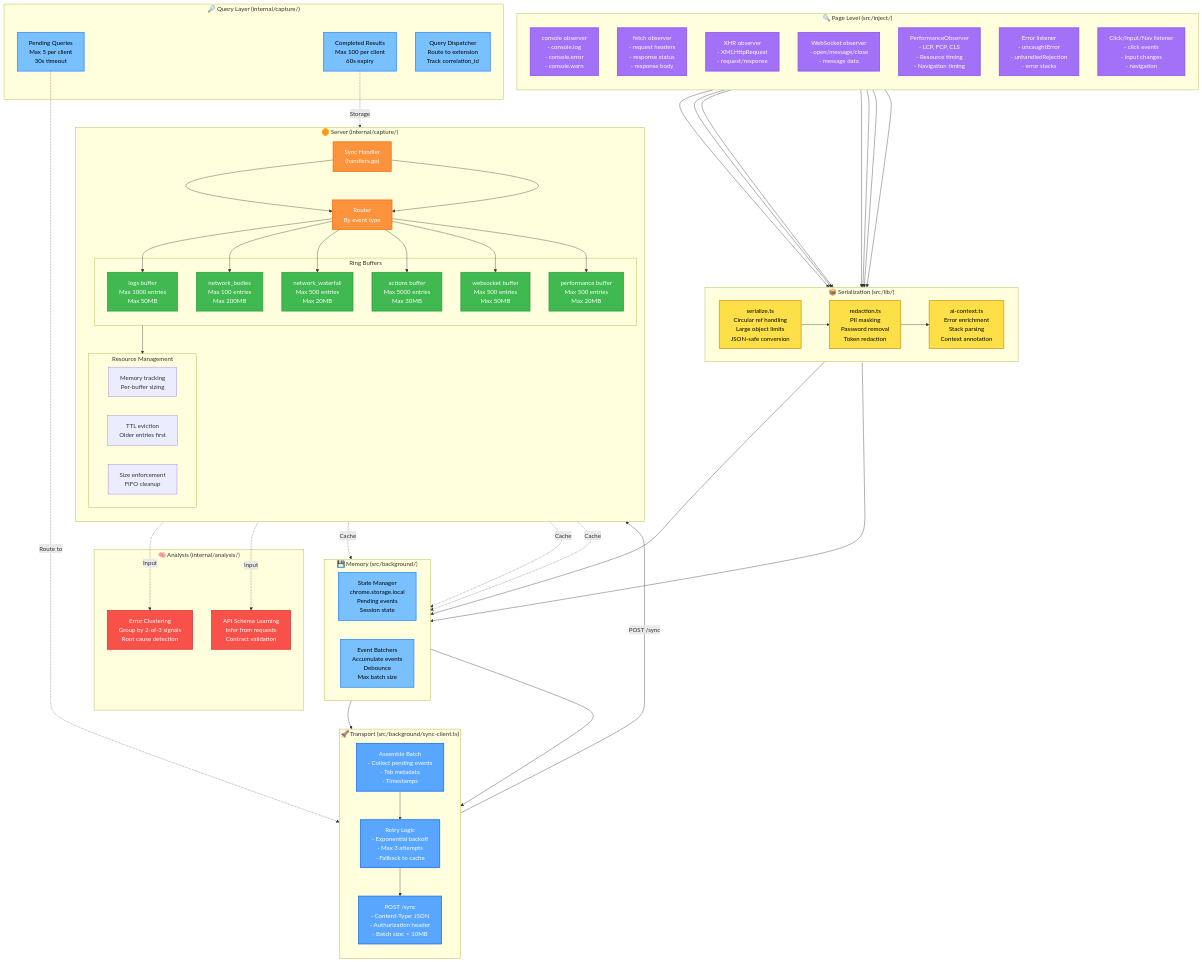
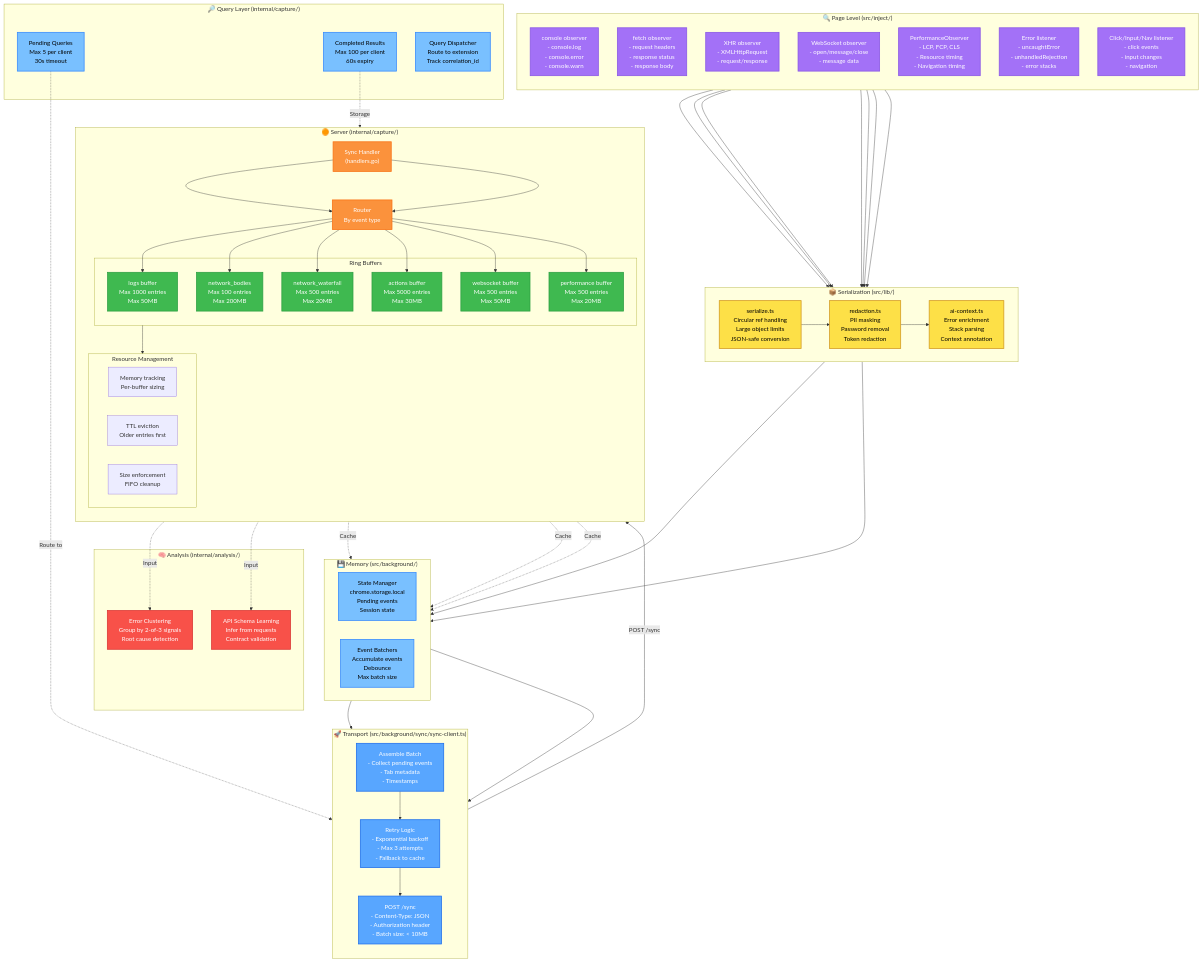
One commit to brennhill/Kaboom-Browser-AI-Devtools-MCP changed the first of 3 diagrams in docs/architecture/diagrams/data-capture-pipeline.md. Above: the diagram before and after it, drawn with Mermaid. The commit also changed other lines of this file and 152 other files, not shown here.

First line of the commit message:
refactor(background): group the daemon sync pipeline under src/background/sync/

```diff
--- a/docs/architecture/diagrams/data-capture-pipeline.md
+++ b/docs/architecture/diagrams/data-capture-pipeline.md
@@ -42,7 +42,7 @@
         Batchers["Event Batchers<br/>Accumulate events<br/>Debounce<br/>Max batch size"]
     end
 
-    subgraph Transport["🚀 Transport (src/background/sync-client.ts)"]
+    subgraph Transport["🚀 Transport (src/background/sync/sync-client.ts)"]
         direction TB
         BatchAssemble["Assemble Batch<br/>- Collect pending events<br/>- Tab metadata<br/>- Timestamps"]
         RetryLogic["Retry Logic<br/>- Exponential backoff<br/>- Max 3 attempts<br/>- Fallback to cache"]
```
